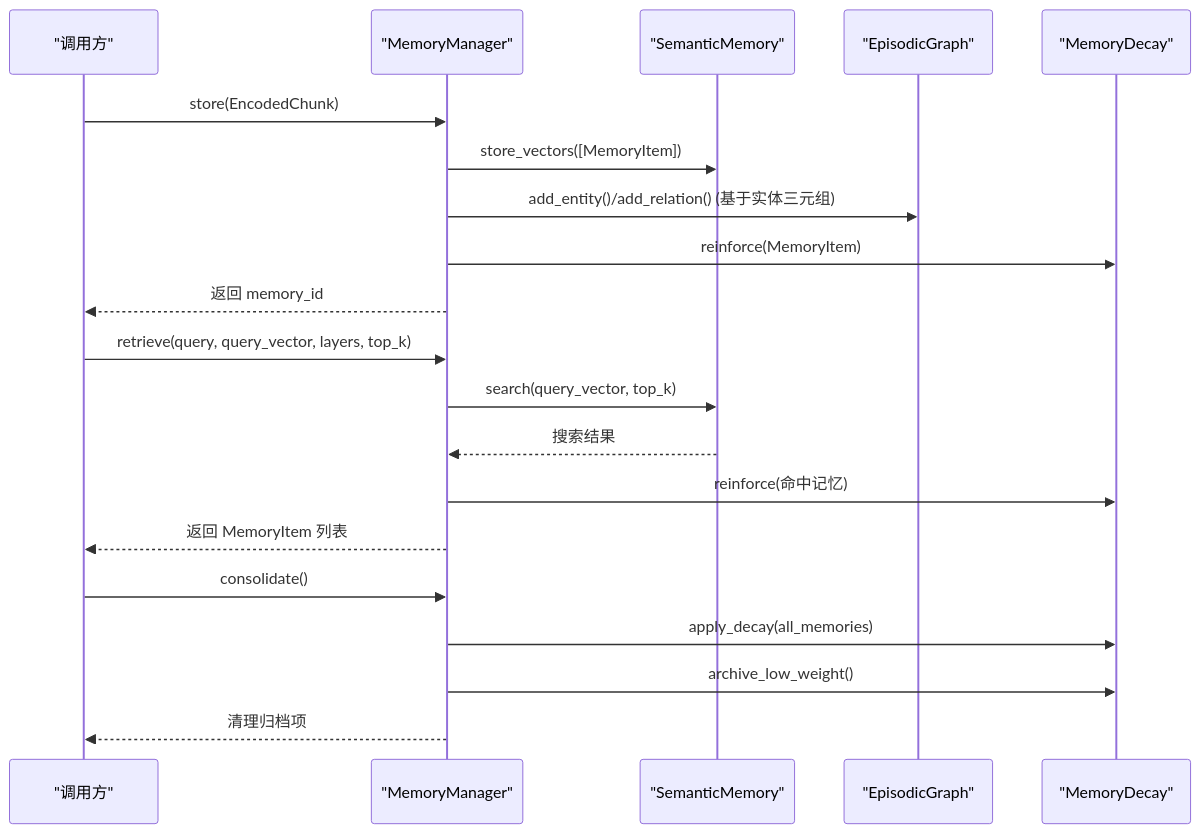
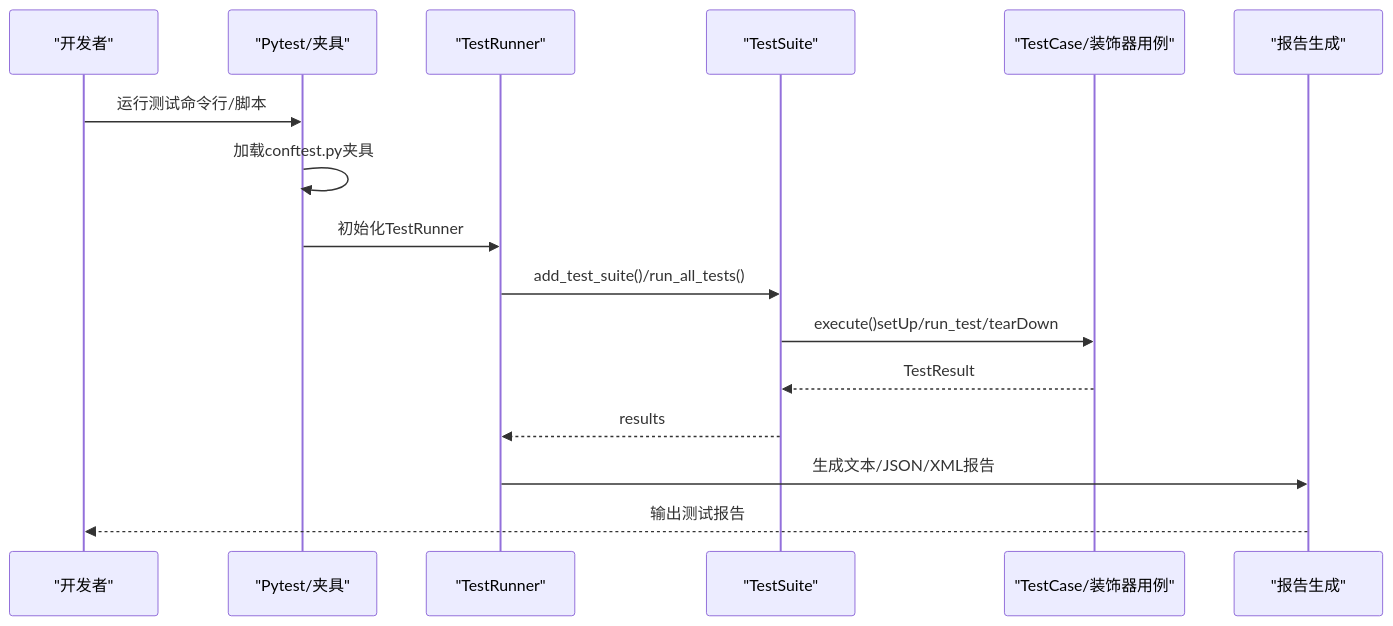
Before and after one commit to JieGaoPrinceton/NecoRAG: the second of 6 diagrams in .qoder/repowiki/zh/content/开发与测试/开发与测试.md, drawn with Mermaid. The commit also changed other lines of this file and 181 other files, not shown here.

````diff
--- a/.qoder/repowiki/zh/content/开发与测试/开发与测试.md
+++ b/.qoder/repowiki/zh/content/开发与测试/开发与测试.md
@@ -277,22 +112,18 @@
 ```mermaid
 sequenceDiagram
-participant U as "调用方"
-participant MM as "MemoryManager"
-participant SM as "SemanticMemory"
-participant EG as "EpisodicGraph"
-participant DEC as "MemoryDecay"
-U->>MM : store(EncodedChunk)
-MM->>SM : store_vectors([MemoryItem])
-MM->>EG : add_entity()/add_relation() (基于实体三元组)
-MM->>DEC : reinforce(MemoryItem)
-MM-->>U : 返回 memory_id
-U->>MM : retrieve(query, query_vector, layers, top_k)
-MM->>SM : search(query_vector, top_k)
-SM-->>MM : 搜索结果
-MM->>DEC : reinforce(命中记忆)
-MM-->>U : 返回 MemoryItem 列表
-U->>MM : consolidate()
-MM->>DEC : apply_decay(all_memories)
-MM->>DEC : archive_low_weight()
-MM-->>U : 清理归档项
+participant Dev as "开发者"
+participant Py as "Pytest/夹具"
+participant Runner as "TestRunner"
+participant Suite as "TestSuite"
+participant Case as "TestCase/装饰器用例"
+participant Reporter as "报告生成"
+Dev->>Py : 运行测试命令行/脚本
+Py->>Py : 加载conftest.py夹具
+Py->>Runner : 初始化TestRunner
+Runner->>Suite : add_test_suite()/run_all_tests()
+Suite->>Case : execute()setUp/run_test/tearDown
+Case-->>Suite : TestResult
+Suite-->>Runner : results
+Runner->>Reporter : 生成文本/JSON/XML报告
+Reporter-->>Dev : 输出测试报告
 ```
````
